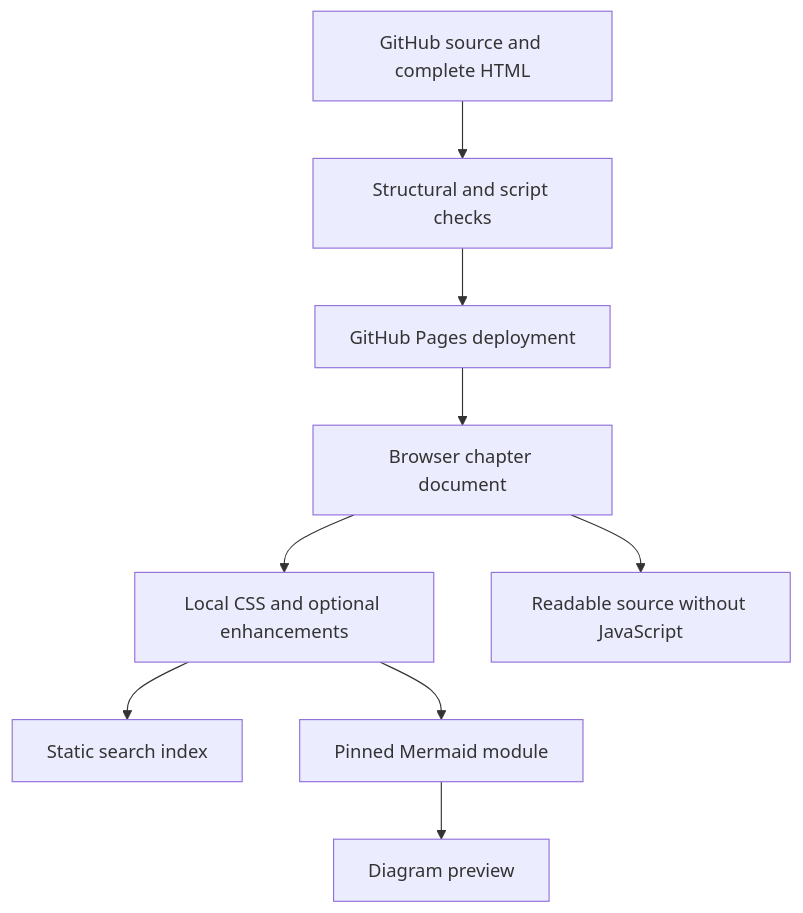
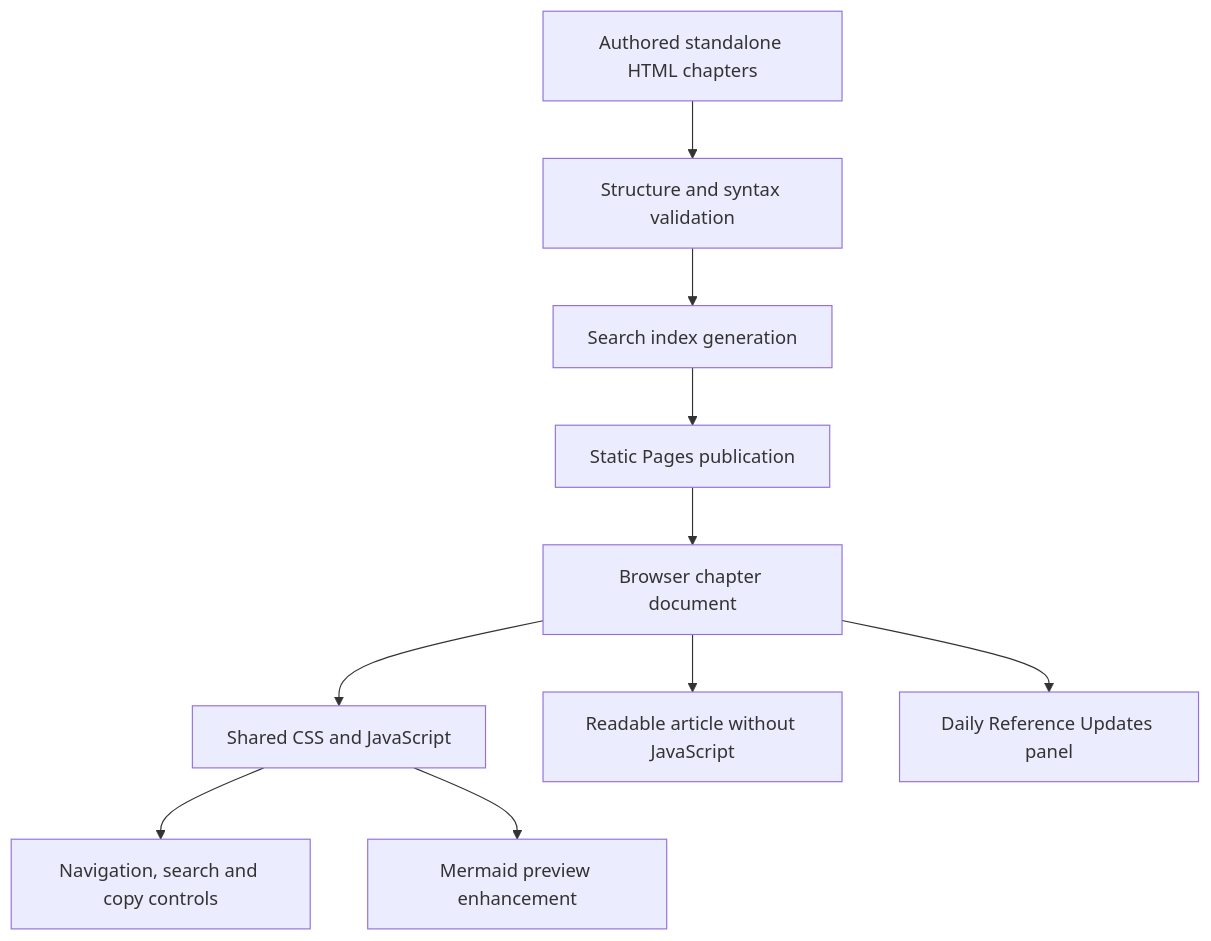
The first of 2 diagrams in docs/ARCHITECTURE.md (DevJel/knowledge-center-system), drawn with Mermaid before and after one commit. The commit also changed other lines of this file, not shown here.

Commit message:
Update architecture for 27 chapters and reference Worker

````diff
--- a/docs/ARCHITECTURE.md
+++ b/docs/ARCHITECTURE.md
@@ -9,11 +18,12 @@
 ```mermaid
 flowchart TD
-  A["GitHub source and complete HTML"] --> B["Structural and script checks"]
-  B --> C["GitHub Pages deployment"]
-  C --> D["Browser chapter document"]
-  D --> E["Local CSS and optional enhancements"]
-  E --> F["Static search index"]
-  E --> G["Pinned Mermaid module"]
-  G --> H["Diagram preview"]
-  D --> I["Readable source without JavaScript"]
+  A["Authored standalone HTML chapters"] --> B["Structure and syntax validation"]
+  B --> C["Search index generation"]
+  C --> D["Static Pages publication"]
+  D --> E["Browser chapter document"]
+  E --> F["Shared CSS and JavaScript"]
+  F --> G["Navigation, search and copy controls"]
+  F --> H["Mermaid preview enhancement"]
+  E --> I["Readable article without JavaScript"]
+  E --> J["Daily Reference Updates panel"]
 ```
````
